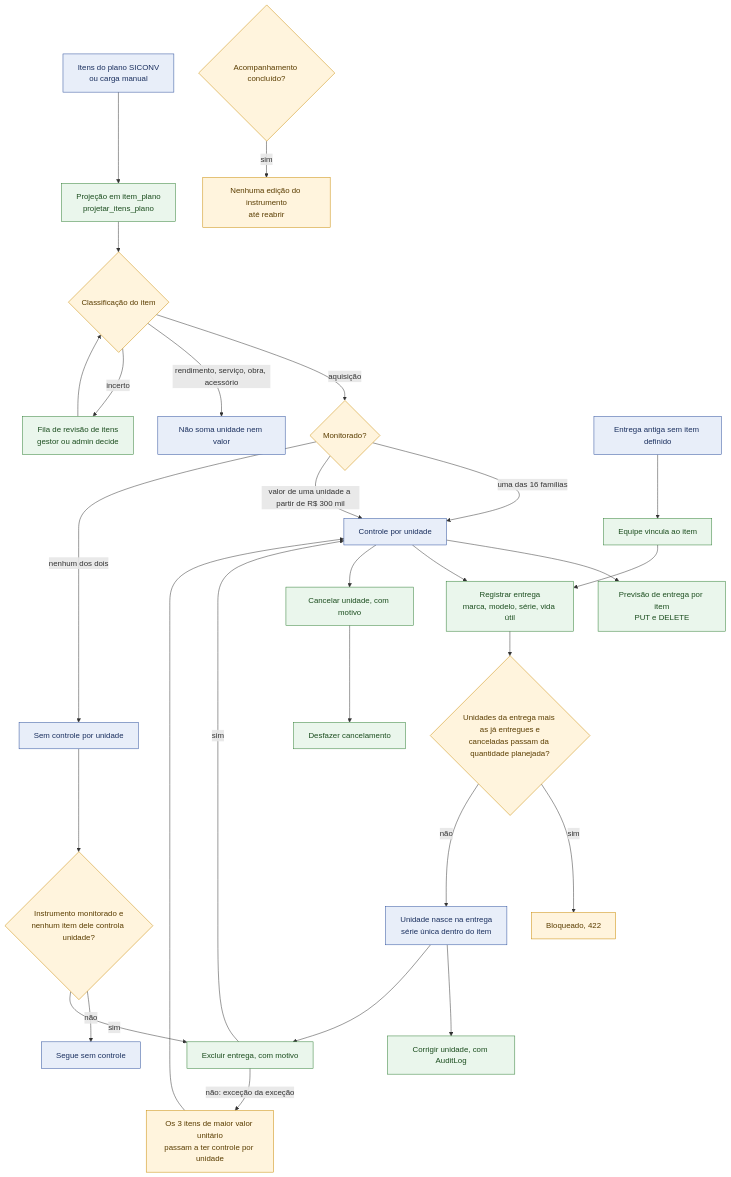
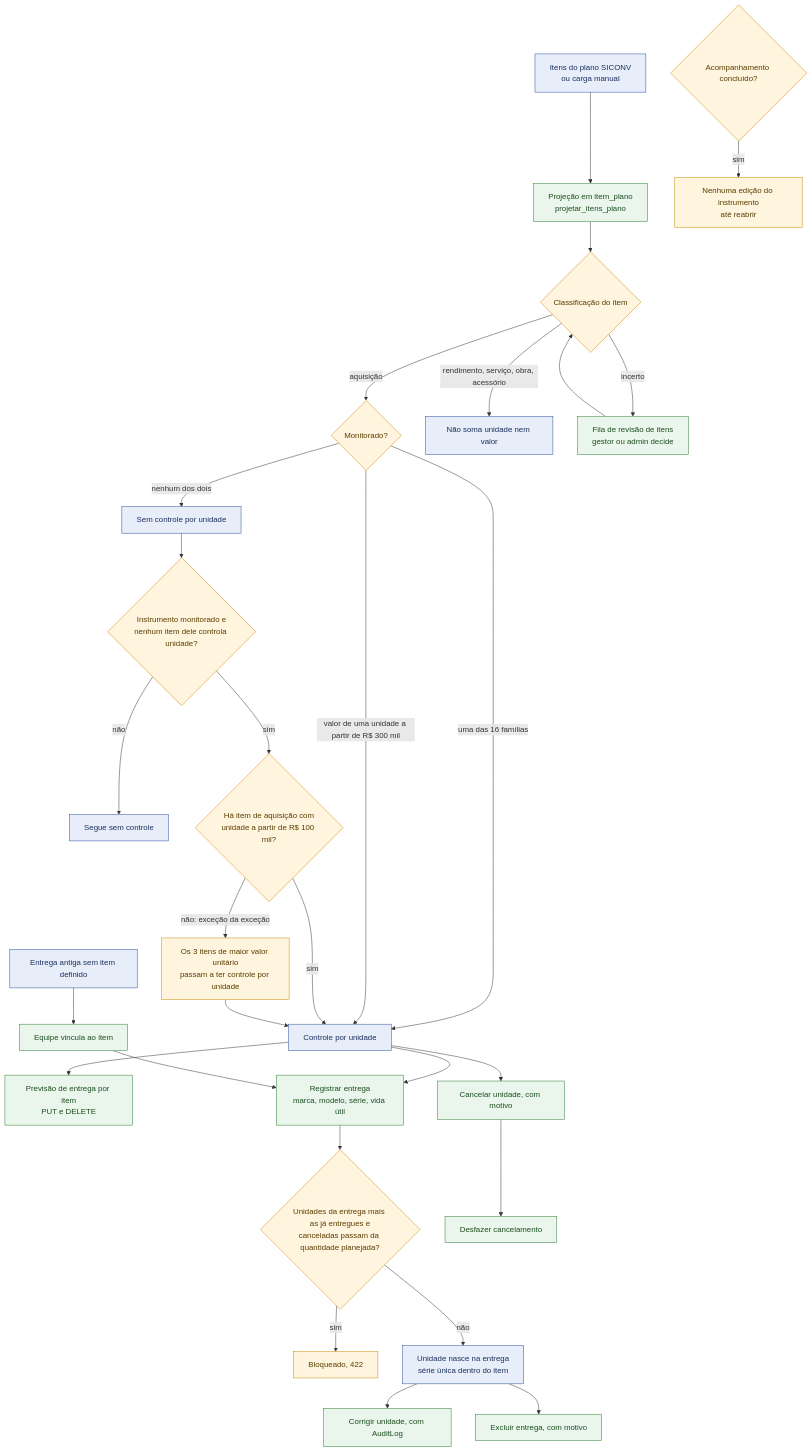
The fifth of 11 diagrams in docs/arquitetura/mapa-monitoramento-interno-2026-11-19.md (devs-ministerio/par_equipamentos), drawn with Mermaid before and after one commit. The commit also changed other lines of this file, not shown here.

Commit message:
docs: corrige ID duplicado EXC e a edição do CNES no mapa

````diff
--- a/docs/arquitetura/mapa-monitoramento-interno-2026-11-19.md
+++ b/docs/arquitetura/mapa-monitoramento-interno-2026-11-19.md
@@ -139,34 +139,34 @@
 ```mermaid
 flowchart TB
     classDef dado fill:#E8EEF9,stroke:#2A4D9B,color:#1a2f5e
     classDef acao fill:#EAF6EC,stroke:#2E7D32,color:#1b4d1e
     classDef regra fill:#FFF4DD,stroke:#C98A00,color:#5a3d00
 
     SICONV["Itens do plano SICONV<br/>ou carga manual"]:::dado --> PROJ["Projeção em item_plano<br/>projetar_itens_plano"]:::acao
     PROJ --> CLASS{"Classificação do item"}:::regra
     CLASS -->|"aquisição"| MON{"Monitorado?"}:::regra
     CLASS -->|"rendimento, serviço, obra, acessório"| FORA["Não soma unidade nem valor"]:::dado
     CLASS -->|"incerto"| FILA["Fila de revisão de itens<br/>gestor ou admin decide"]:::acao
     FILA --> CLASS
     MON -->|"uma das 16 famílias"| SIM["Controle por unidade"]:::dado
     MON -->|"valor de uma unidade a partir de R$ 300 mil"| SIM
     MON -->|"nenhum dos dois"| NAO["Sem controle por unidade"]:::dado
     NAO --> INST{"Instrumento monitorado e<br/>nenhum item dele controla unidade?"}:::regra
     INST -->|"não"| FIM0["Segue sem controle"]:::dado
     INST -->|"sim"| EXC{"Há item de aquisição com<br/>unidade a partir de R$ 100 mil?"}:::regra
     EXC -->|"sim"| SIM
     EXC -->|"não: exceção da exceção"| TOP["Os 3 itens de maior valor unitário<br/>passam a ter controle por unidade"]:::regra
     TOP --> SIM
 
     SIM --> PREV["Previsão de entrega por item<br/>PUT e DELETE"]:::acao
     SIM --> ENT["Registrar entrega<br/>marca, modelo, série, vida útil"]:::acao
     ENT --> LIM{"Unidades da entrega mais as já entregues e<br/>canceladas passam da quantidade planejada?"}:::regra
     LIM -->|"sim"| BLOQ["Bloqueado, 422"]:::regra
     LIM -->|"não"| UNI["Unidade nasce na entrega<br/>série única dentro do item"]:::dado
     UNI --> CORR["Corrigir unidade, com AuditLog"]:::acao
-    UNI --> EXC["Excluir entrega, com motivo"]:::acao
+    UNI --> EXCL["Excluir entrega, com motivo"]:::acao
     SIM --> CANC["Cancelar unidade, com motivo"]:::acao
     CANC --> DESF["Desfazer cancelamento"]:::acao
     LEG["Entrega antiga sem item definido"]:::dado --> VINC["Equipe vincula ao item"]:::acao --> ENT
     CONC{"Acompanhamento concluído?"}:::regra -->|"sim"| TRAVA["Nenhuma edição do instrumento<br/>até reabrir"]:::regra
 ```
````
